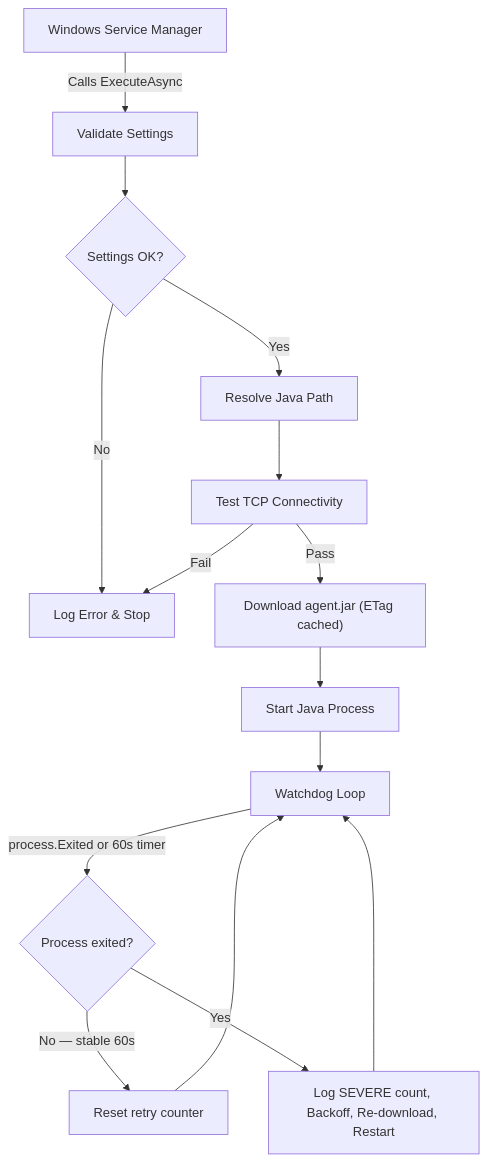
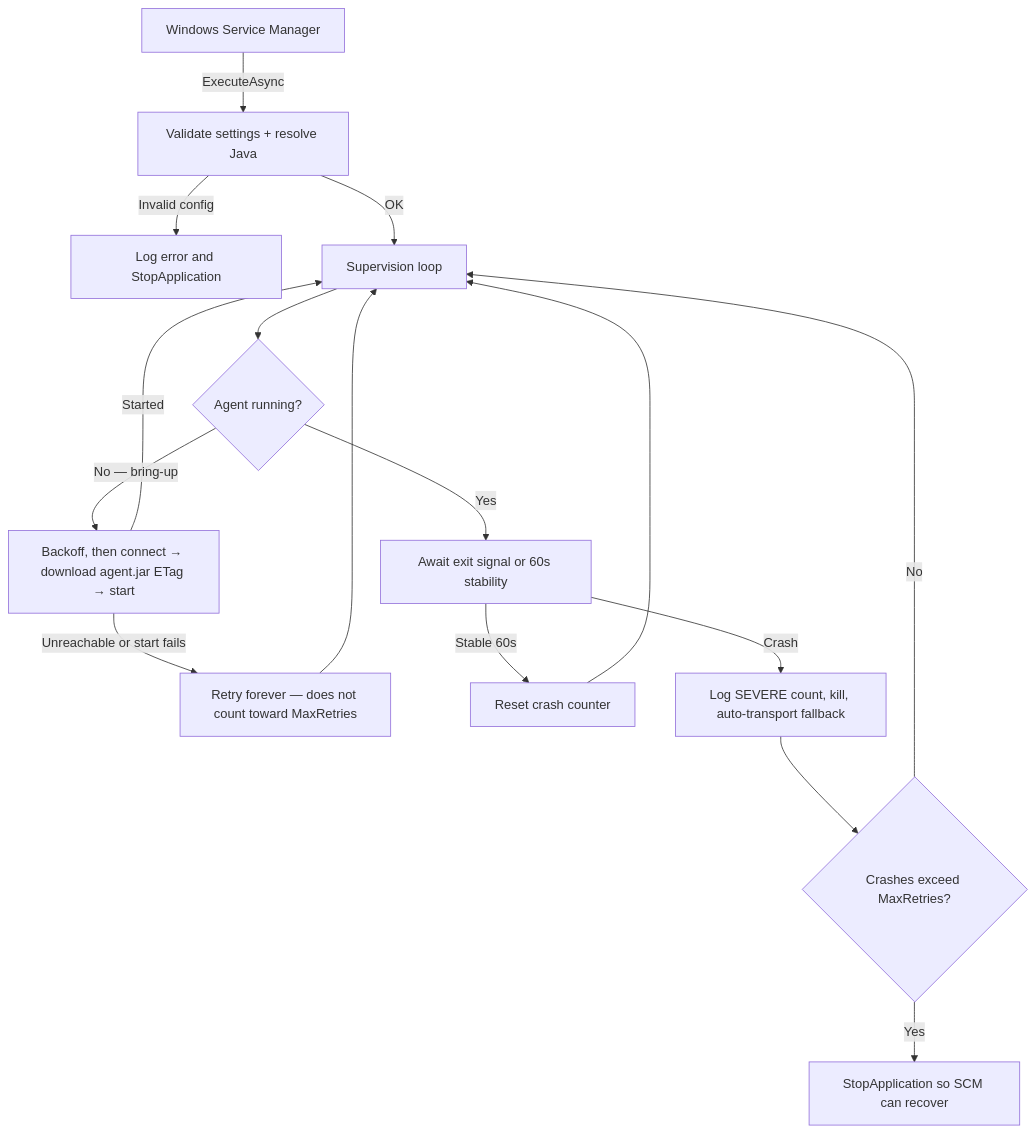
Before and after one commit to EliorMachlev/JenkinsAsService: the diagram in ReadMe.md, drawn with Mermaid. The commit also changed other lines of this file and 4 other files, not shown here.

````diff
--- a/ReadMe.md
+++ b/ReadMe.md
@@ -37,17 +37,18 @@
 ```mermaid
 flowchart TD
-    A[Windows Service Manager] -->|Calls ExecuteAsync| B[Validate Settings]
-    B --> C{Settings OK?}
-    C -->|No| D[Log Error & Stop]
-    C -->|Yes| E[Resolve Java Path]
-    E --> F[Test TCP Connectivity]
-    F -->|Fail| D
-    F -->|Pass| G["Download agent.jar (ETag cached)"]
-    G --> H[Start Java Process]
-    H --> I[Watchdog Loop]
-    I -->|process.Exited or 60s timer| J{Process exited?}
-    J -->|No — stable 60s| K[Reset retry counter]
-    K --> I
-    J -->|Yes| L["Log SEVERE count, Backoff, Re-download, Restart"]
-    L --> I
+    A[Windows Service Manager] -->|ExecuteAsync| B[Validate settings + resolve Java]
+    B -->|Invalid config| D[Log error and StopApplication]
+    B -->|OK| E[Supervision loop]
+    E --> F{Agent running?}
+    F -->|No — bring-up| G["Backoff, then connect → download agent.jar ETag → start"]
+    G -->|Unreachable or start fails| H[Retry forever — does not count toward MaxRetries]
+    H --> E
+    G -->|Started| E
+    F -->|Yes| I[Await exit signal or 60s stability]
+    I -->|Stable 60s| J[Reset crash counter]
+    J --> E
+    I -->|Crash| K[Log SEVERE count, kill, auto-transport fallback]
+    K --> L{Crashes exceed MaxRetries?}
+    L -->|Yes| M[StopApplication so SCM can recover]
+    L -->|No| E
 ```
````
